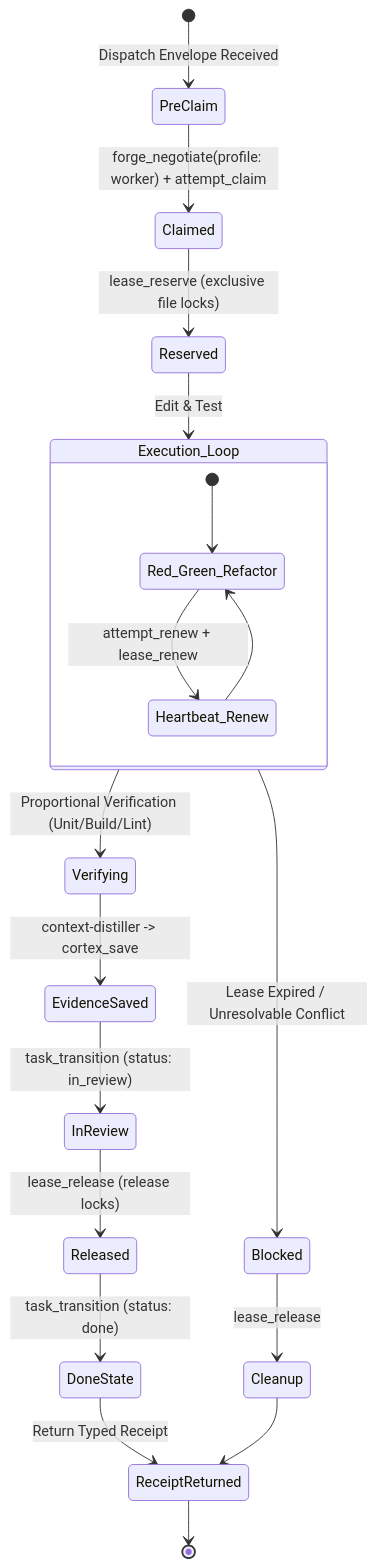
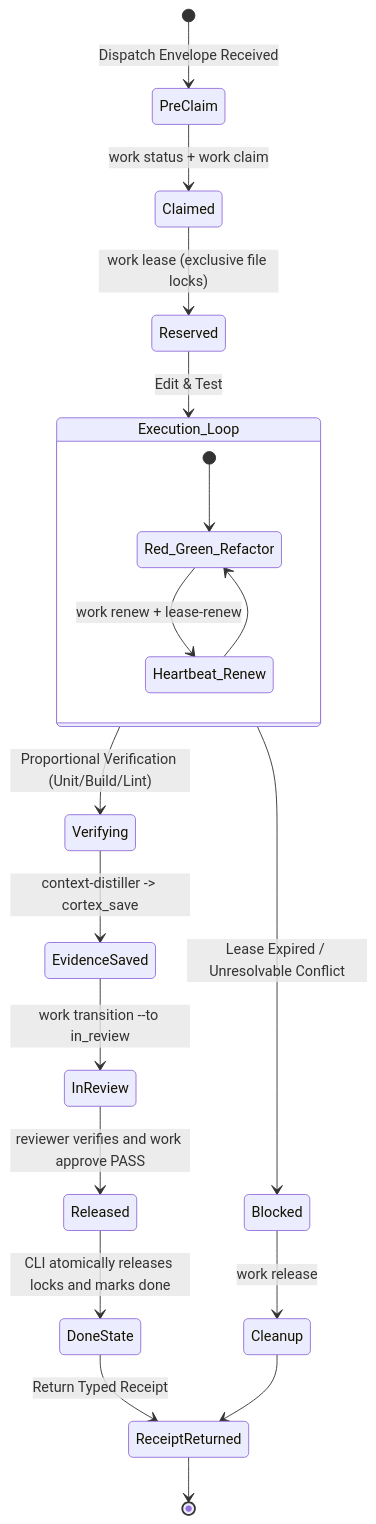
One commit to lleontor705/cortex-ia changed the third of 4 diagrams in internal/assets/AGENTS.md. Above: the diagram before and after it, drawn with Mermaid. The commit also changed other lines of this file and 110 other files, not shown here.

````diff
--- a/internal/assets/AGENTS.md
+++ b/internal/assets/AGENTS.md
@@ -184,25 +199,25 @@
 ```mermaid
 stateDiagram-v2
     [*] --> PreClaim: Dispatch Envelope Received
-    PreClaim --> Claimed: forge_negotiate(profile: worker) + attempt_claim
-    Claimed --> Reserved: lease_reserve (exclusive file locks)
+    PreClaim --> Claimed: work status + work claim
+    Claimed --> Reserved: work lease (exclusive file locks)
     
     state Execution_Loop {
         [*] --> Red_Green_Refactor
-        Red_Green_Refactor --> Heartbeat_Renew: attempt_renew + lease_renew
+        Red_Green_Refactor --> Heartbeat_Renew: work renew + lease-renew
         Heartbeat_Renew --> Red_Green_Refactor
     }
     
     Reserved --> Execution_Loop: Edit & Test
     Execution_Loop --> Verifying: Proportional Verification (Unit/Build/Lint)
     Verifying --> EvidenceSaved: context-distiller -> cortex_save
-    EvidenceSaved --> InReview: task_transition (status: in_review)
-    InReview --> Released: lease_release (release locks)
-    Released --> DoneState: task_transition (status: done)
+    EvidenceSaved --> InReview: work transition --to in_review
+    InReview --> Released: reviewer verifies and work approve PASS
+    Released --> DoneState: CLI atomically releases locks and marks done
     DoneState --> ReceiptReturned: Return Typed Receipt
     ReceiptReturned --> [*]
 
     Execution_Loop --> Blocked: Lease Expired / Unresolvable Conflict
-    Blocked --> Cleanup: lease_release
+    Blocked --> Cleanup: work release
     Cleanup --> ReceiptReturned
 ```
````
